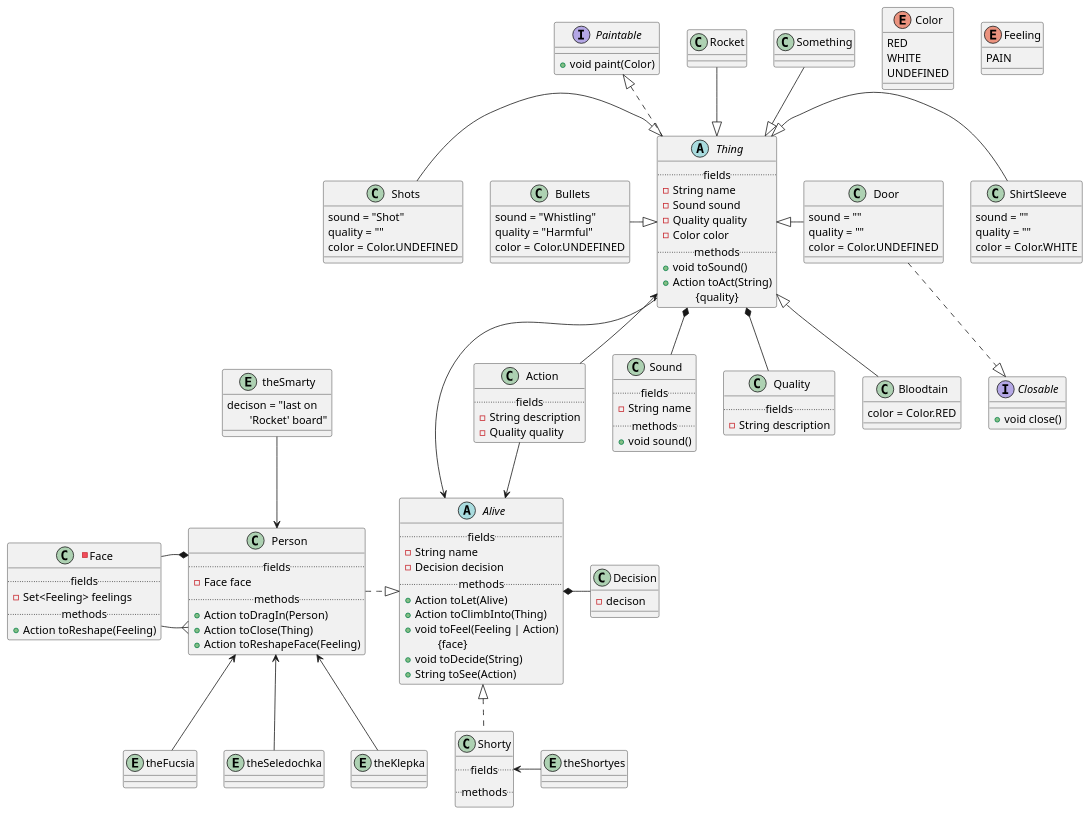
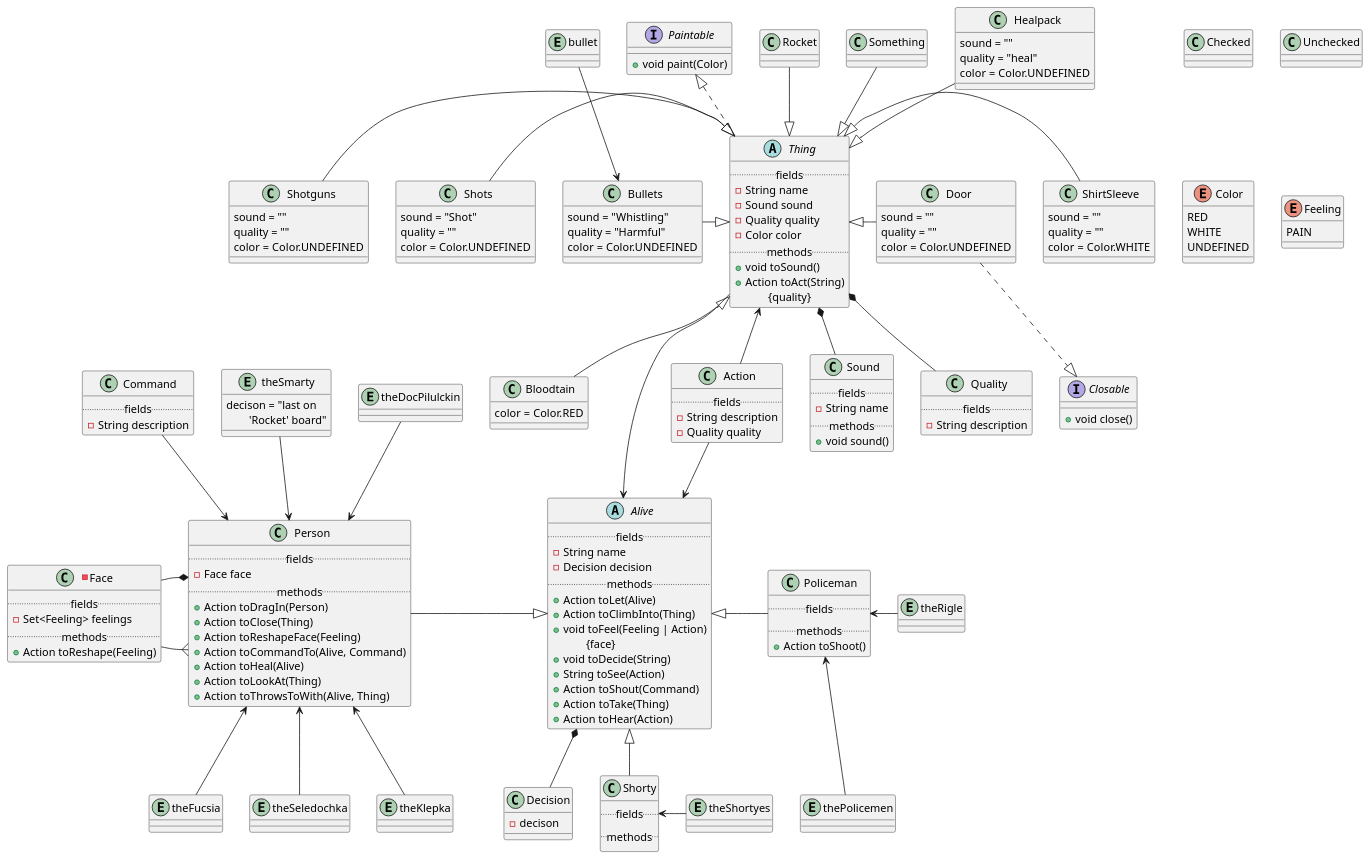
One commit to e1turin/itmo-programming changed the diagram in lab-4/classes.puml. Above: the diagram before and after it, drawn with PlantUML. The commit also changed 15 other files, not shown here.

```diff
--- a/lab-4/classes.puml
+++ b/lab-4/classes.puml
@@ -6,6 +6,9 @@
 ' ~	package private
 ' +	public
 ' ===================
+
+class Checked
+class Unchecked
 
 enum Color {
     RED
@@ -36,6 +39,11 @@
 }
 
 class Quality {
+    .. fields ..
+    - {field} String description
+}
+
+class Command {
     .. fields ..
     - {field} String description
 }
@@ -72,6 +80,9 @@
 }
     Bullets -|> Thing
     'Shots .. Bullets
+entity bullet
+    bullet --> Bullets
+
 class Something {
     {field} /' ? '/
 }
@@ -93,6 +104,18 @@
 }
     Thing <|- Door
     Door ..|> Closable
+class Shotguns {
+    {field} sound = ""
+    {field} quality = ""
+    {field} color = Color.UNDEFINED
+}
+    Shotguns -|> Thing
+class Healpack {
+    {field} sound = ""
+    {field} quality = "heal"
+    {field} color = Color.UNDEFINED
+}
+    Healpack --|> Thing
 
 abstract class Alive {
     .. fields ..
@@ -105,12 +128,15 @@
                 \t{face}
     + {method} void toDecide(String) /' decision '/
     + {method} String toSee(Action) /' action '/
+    + {method} Action toShout(Command)
+    + {method} Action toTake(Thing)
+    + {method} Action toHear(Action)
 }
 
 class Decision {
     - {field} decison
 }
-Alive *- Decision
+Alive *-- Decision
 
 
 class Person {
@@ -120,10 +146,15 @@
     + {method} Action toDragIn(Person)
     + {method} Action toClose(Thing)
     + {method} Action toReshapeFace(Feeling)
+    + {method} Action toCommandTo(Alive, Command)
+    + {method} Action toHeal(Alive)
+    + {method} Action toLookAt(Thing)
+    + {method} Action toThrowsToWith(Alive, Thing)
 }
+Command --> Person
 Thing --> Alive
 Action --> Alive
-Person .|> Alive
+Person -|> Alive
 -class Face {
     .. fields ..
     - {field} Set<Feeling> feelings /'ordered set'/
@@ -141,7 +172,15 @@
     .. fields ..
     .. methods ..
 }
-Alive <|.. Shorty
+Alive <|-- Shorty
+
+class Policeman {
+    .. fields ..
+    .. methods ..
+    +{method} Action toShoot()
+}
+Alive <|- Policeman
+
 
 entity theFucsia
     Person <-- theFucsia
@@ -157,6 +196,12 @@
             \t'Rocket' board"
 }
     theSmarty --> Person
+entity theRigle
+    Policeman <- theRigle
+entity thePolicemen
+    Policeman <-- thePolicemen
+entity theDocPilulckin
+    theDocPilulckin --> Person
 
 
 
```
